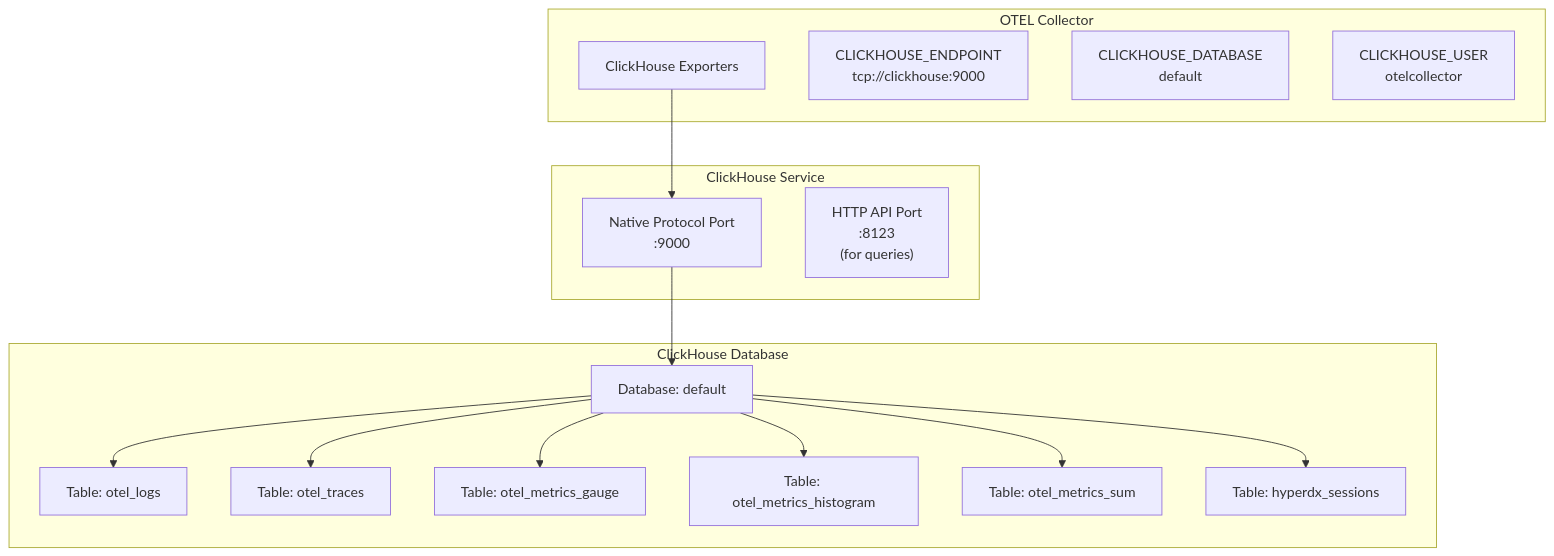
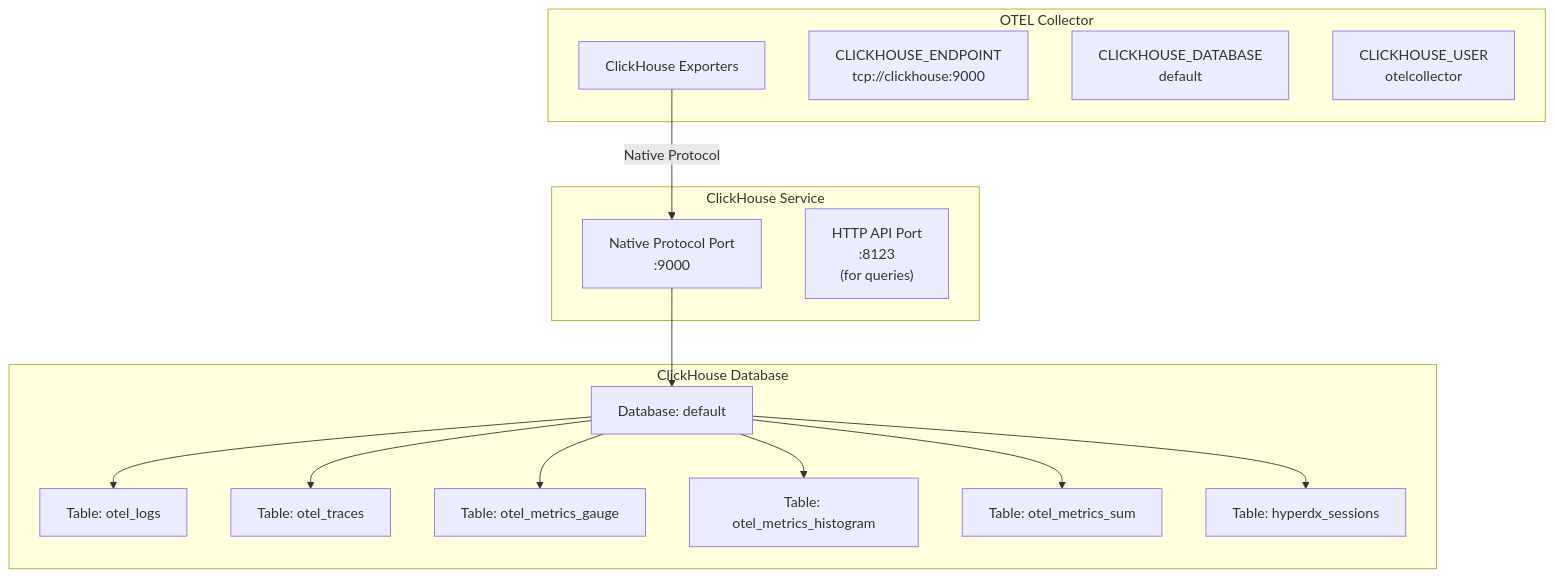
Before and after one commit to openchoreo/openchoreo: the fourth of 9 diagrams in docs/hyperdxio-helm-charts-docs/Telemetry-Data-Pipeline.md, drawn with Mermaid. The commit also changed other lines of this file and 85 other files, not shown here.

Commit message:
feat: Add new workflow and specification templates, update Helm chart dependencies, and clarify documentation diagrams.

````diff
--- a/docs/hyperdxio-helm-charts-docs/Telemetry-Data-Pipeline.md
+++ b/docs/hyperdxio-helm-charts-docs/Telemetry-Data-Pipeline.md
@@ -185,48 +185,48 @@
 ```mermaid
 flowchart TD
 
 Exporters["ClickHouse Exporters"]
 CHEndpoint["CLICKHOUSE_ENDPOINT<br>tcp://clickhouse:9000"]
 CHDatabase["CLICKHOUSE_DATABASE<br>default"]
 CHUser["CLICKHOUSE_USER<br>otelcollector"]
 NativePort["Native Protocol Port<br>:9000"]
 HTTPPort["HTTP API Port<br>:8123<br>(for queries)"]
 DefaultDB["Database: default"]
 LogsTable["Table: otel_logs"]
 TracesTable["Table: otel_traces"]
 MetricsGauge["Table: otel_metrics_gauge"]
 MetricsHistogram["Table: otel_metrics_histogram"]
 MetricsSum["Table: otel_metrics_sum"]
 SessionsTable["Table: hyperdx_sessions"]
 
-Exporters --> NativePort
+Exporters -->|"Native Protocol"| NativePort
 NativePort --> DefaultDB
 
 subgraph subGraph2 ["ClickHouse Database"]
     DefaultDB
     LogsTable
     TracesTable
     MetricsGauge
     MetricsHistogram
     MetricsSum
     SessionsTable
     DefaultDB --> LogsTable
     DefaultDB --> TracesTable
     DefaultDB --> MetricsGauge
     DefaultDB --> MetricsHistogram
     DefaultDB --> MetricsSum
     DefaultDB --> SessionsTable
 end
 
 subgraph subGraph1 ["ClickHouse Service"]
     NativePort
     HTTPPort
 end
 
 subgraph subGraph0 ["OTEL Collector"]
     Exporters
     CHEndpoint
     CHDatabase
     CHUser
 end
 ```
````
